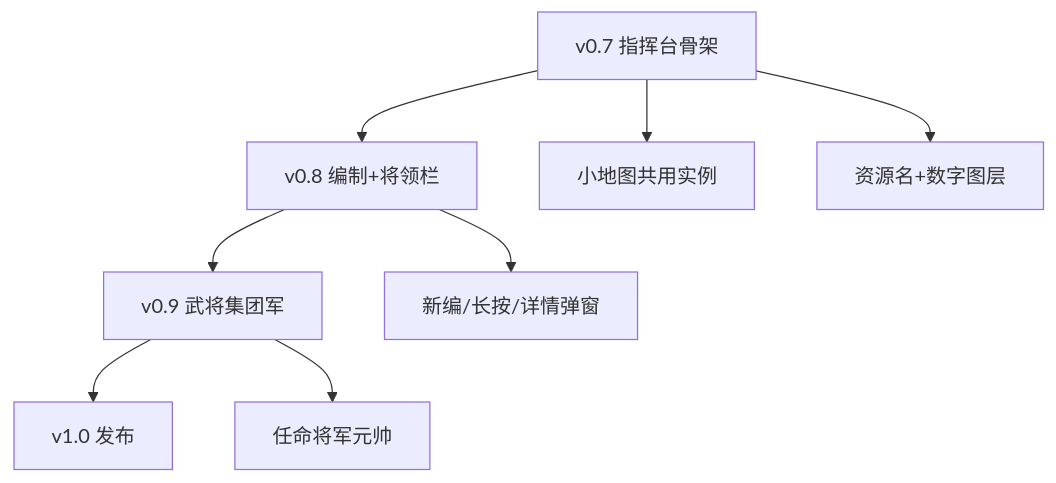
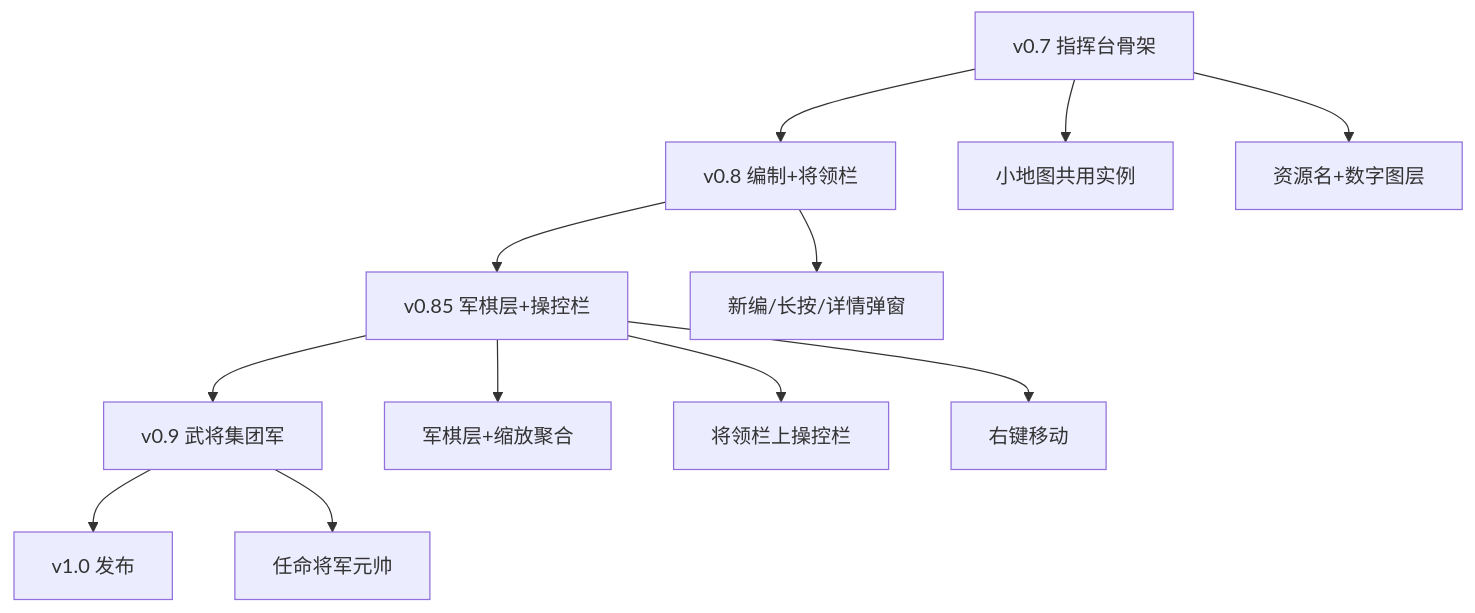
One commit to jk9988610/Hearts-of-Heroes changed the diagram in docs/UPDATE_PLAN_V07.md. Above: the diagram before and after it, drawn with Mermaid. The commit also changed other lines of this file and 1 other file, not shown here.

````diff
--- a/docs/UPDATE_PLAN_V07.md
+++ b/docs/UPDATE_PLAN_V07.md
@@ -350,14 +458,19 @@
 ```mermaid
 flowchart TB
   v07[v0.7 指挥台骨架]
   v08[v0.8 编制+将领栏]
+  v085[v0.85 军棋层+操控栏]
   v09[v0.9 武将集团军]
   v10[v1.0 发布]
   v07 --> v08
-  v08 --> v09
+  v08 --> v085
+  v085 --> v09
   v09 --> v10
   v07 --> minimap[小地图共用实例]
   v07 --> layers[资源名+数字图层]
   v08 --> corpsUI[新编/长按/详情弹窗]
+  v085 --> counter[军棋层+缩放聚合]
+  v085 --> cmdBar[将领栏上操控栏]
+  v085 --> input[右键移动]
   v09 --> appoint[任命将军元帅]
 ```
````
